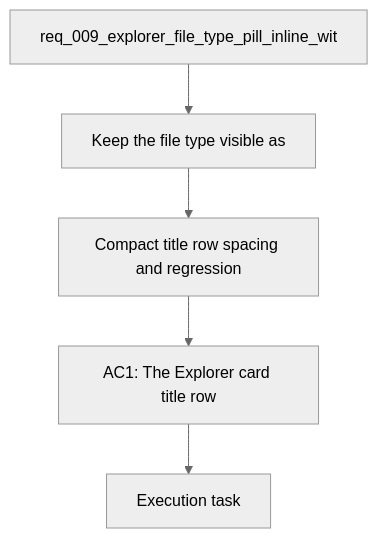
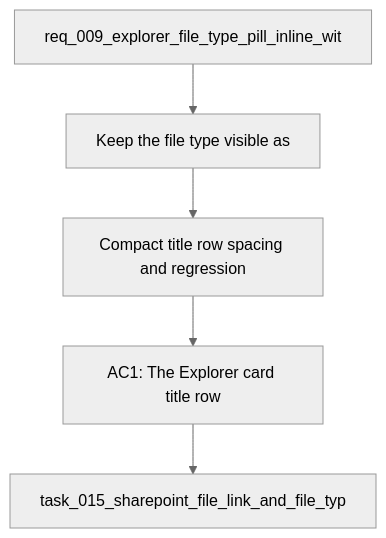
The diagram in logics/backlog/item_035_compact_title_row_spacing_and_regression_checks.md (AlexAgo83/deepvault), drawn with Mermaid (neutral theme) before and after one commit. The commit also changed 57 other files, not shown here.

````diff
--- a/logics/backlog/item_035_compact_title_row_spacing_and_regression_checks.md
+++ b/logics/backlog/item_035_compact_title_row_spacing_and_regression_checks.md
@@ -25,9 +25,9 @@
 ```mermaid
 %% logics-kind: backlog
 %% logics-signature: backlog|compact-title-row-spacing-and-regression|req-009-explorer-file-type-pill-inline-w|keep-the-file-type-visible-as|ac1-the-explorer-card-title-row
 flowchart TD
     Request[req_009_explorer_file_type_pill_inline_wit] --> Problem[Keep the file type visible as]
     Problem --> Scope[Compact title row spacing and regression]
     Scope --> Acceptance[AC1: The Explorer card title row]
-    Acceptance --> Tasks[Execution task]
+    Acceptance --> Tasks[task_015_sharepoint_file_link_and_file_typ]
 ```
````
